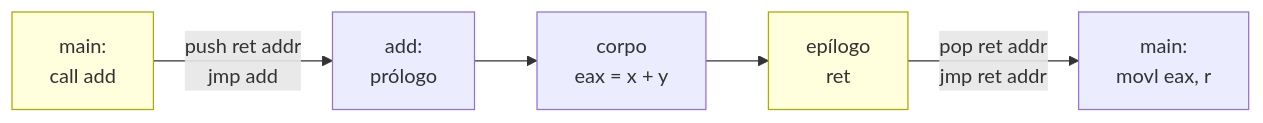
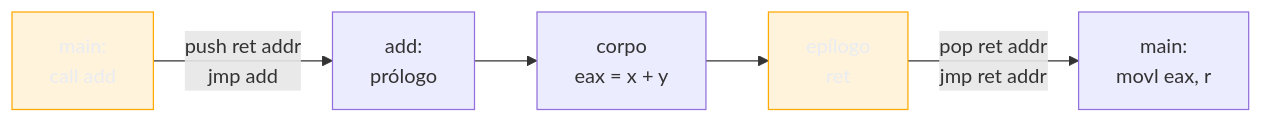
One commit to josenaldo/codex-technomanticus changed the fourth of 4 diagrams in 03-Dominios/Ciência/Organização de Computadores/09 - Assembly e o modelo de execução.md. Above: the diagram before and after it, drawn with Mermaid. The commit also changed other lines of this file and 1181 other files, not shown here.

First line of the commit message:
fix(diagramas): paleta do sistema no lugar de cor cravada no markdown

````diff
--- a/03-Dominios/Ciência/Organização de Computadores/09 - Assembly e o modelo de execução.md
+++ b/03-Dominios/Ciência/Organização de Computadores/09 - Assembly e o modelo de execução.md
@@ -295,10 +298,11 @@
 ```mermaid
 flowchart LR
+    classDef destaque fill:#FFAA0024,stroke:#FFAA00,color:#E9ECF2
     A["main:\ncall add"] -->|"push ret addr\njmp add"| B["add:\nprólogo"]
     B --> C["corpo\neax = x + y"]
     C --> D["epílogo\nret"]
     D -->|"pop ret addr\njmp ret addr"| E["main:\nmovl eax, r"]
 
-    style A fill:#ffd,stroke:#aa0
-    style D fill:#ffd,stroke:#aa0
+    class A destaque
+    class D destaque
 ```
````
